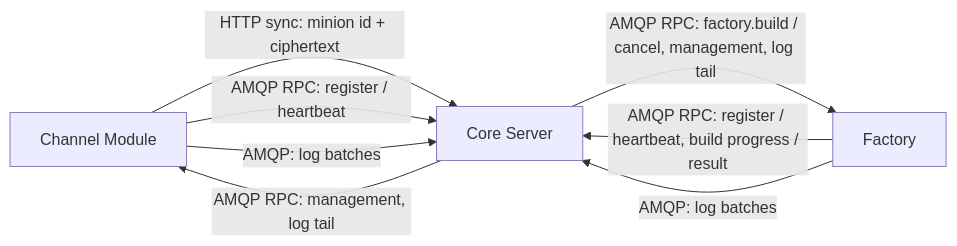
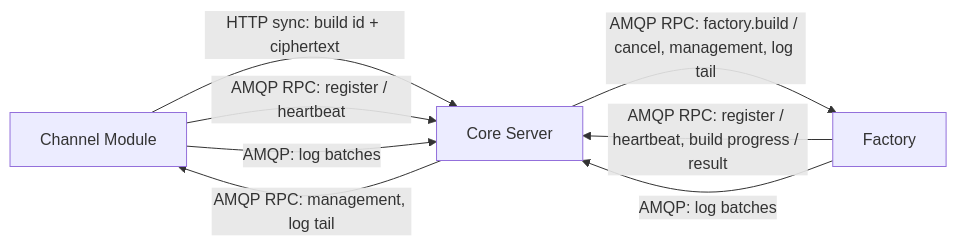
One commit to LogosCore/logos-docs changed the diagram in src/content/docs/contracts/overview.md. Above: the diagram before and after it, drawn with Mermaid. The commit also changed other lines of this file and 10 other files, not shown here.

First line of the commit message:
Rename minion id to build id: build_id, Logos-Build-Id

````diff
--- a/src/content/docs/contracts/overview.md
+++ b/src/content/docs/contracts/overview.md
@@ -53,14 +53,14 @@
 ```mermaid
 graph LR
     CH[Channel Module]
     CS[Core Server]
     IP[Factory]
 
-    CH -- "HTTP sync: minion id + ciphertext" --> CS
+    CH -- "HTTP sync: build id + ciphertext" --> CS
     CH -- "AMQP RPC: register / heartbeat" --> CS
     CS -- "AMQP RPC: management, log tail" --> CH
     CH -- "AMQP: log batches" --> CS
     IP -- "AMQP RPC: register / heartbeat, build progress / result" --> CS
     CS -- "AMQP RPC: factory.build / cancel, management, log tail" --> IP
     IP -- "AMQP: log batches" --> CS
 ```
````
